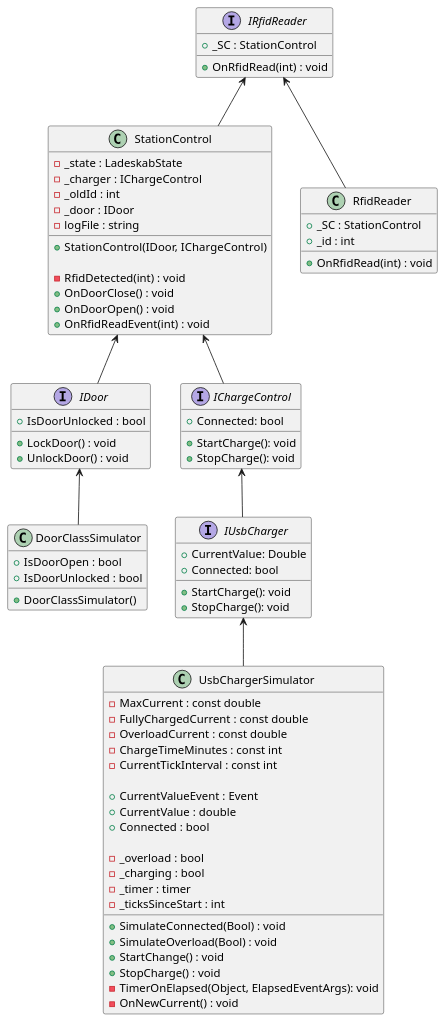
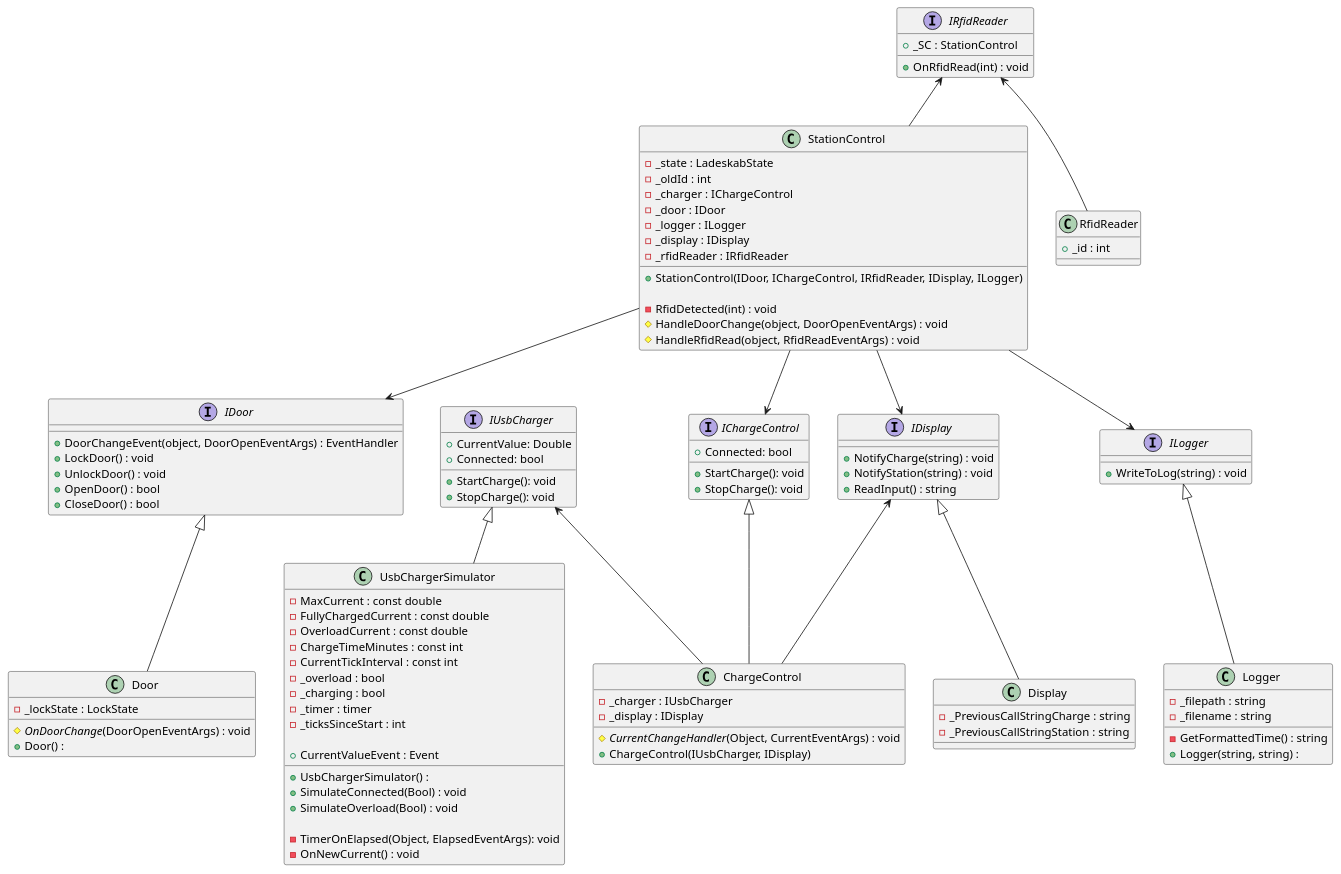
Before and after one commit to KunJakob/SWT-PhoneCharger: the diagram in Diagrams/ClassDiagram.wsd, drawn with PlantUML. The commit also changed 1 other file, not shown here.

Commit message:
Saved class diagram please

```diff
--- a/Diagrams/ClassDiagram.wsd
+++ b/Diagrams/ClassDiagram.wsd
@@ -1,104 +1,149 @@
 @startuml
-
 class StationControl
 {
     - _state : LadeskabState 
+    - _oldId : int 
     - _charger : IChargeControl
-    - _oldId : int 
     - _door : IDoor 
-    - logFile : string
+    - _logger : ILogger
+    - _display : IDisplay
+    - _rfidReader : IRfidReader
 
-    + StationControl(IDoor, IChargeControl) 
+
+    + StationControl(IDoor, IChargeControl, IRfidReader, IDisplay, ILogger) 
 
     - RfidDetected(int) : void
-    + OnDoorClose() : void
-    + OnDoorOpen() : void
-    + OnRfidReadEvent(int) : void
+     # HandleDoorChange(object, DoorOpenEventArgs) : void
+     # HandleRfidRead(object, RfidReadEventArgs) : void
 }
 
 
 /' Door '/
 
 interface IDoor
 {
-    + IsDoorUnlocked : bool
+    + DoorChangeEvent(object, DoorOpenEventArgs) : EventHandler
     + LockDoor() : void
     + UnlockDoor() : void
+    + OpenDoor() : bool
+    + CloseDoor() : bool
 }
 
-class DoorClassSimulator 
+class Door 
 {
-    + IsDoorOpen : bool
-    + IsDoorUnlocked : bool 
-    + DoorClassSimulator()
+    - _lockState : LockState
+    # //OnDoorChange//(DoorOpenEventArgs) : void
+    + Door() :
 }
 
 
-IDoor <-- DoorClassSimulator
-StationControl <-- IDoor
+IDoor <|-- Door
+StationControl --> IDoor
 
 /' RFID READER '/
 
 interface IRfidReader{
 
     + _SC : StationControl 
     + OnRfidRead(int) : void   
 }
 
 class RfidReader
 {
-    + _SC : StationControl 
-    + _id : int
-
-    + OnRfidRead(int) : void    
+    + _id : int  
 }
 
 IRfidReader <-- StationControl
 IRfidReader <-- RfidReader
 
 /' USB Charger '/
 class UsbChargerSimulator
 {
     - MaxCurrent : const double
     - FullyChargedCurrent : const double
     - OverloadCurrent : const double
     - ChargeTimeMinutes : const int
     - CurrentTickInterval : const int
-
-    + CurrentValueEvent : Event
-    + CurrentValue : double
-    + Connected : bool
-
     - _overload : bool
     - _charging : bool
     - _timer : timer
     - _ticksSinceStart : int
 
+    + CurrentValueEvent : Event
+
+    + UsbChargerSimulator() :
     + SimulateConnected(Bool) : void
     + SimulateOverload(Bool) : void
-    + StartChange() : void 
-    + StopCharge() : void  
+
     - TimerOnElapsed(Object, ElapsedEventArgs): void
     - OnNewCurrent() : void
 }
 
 interface IUsbCharger
 {
     +CurrentValue: Double
     +Connected: bool
     +StartCharge(): void
     +StopCharge(): void
 }
+
+IUsbCharger <|-- UsbChargerSimulator
+
+/' ChargeControl '/
+
 interface IChargeControl
 {
     +Connected: bool
     +StartCharge(): void
     +StopCharge(): void
 }
+class ChargeControl
+{
+    - _charger : IUsbCharger
+    - _display : IDisplay
+    # //CurrentChangeHandler//(Object, CurrentEventArgs) : void
+    + ChargeControl(IUsbCharger, IDisplay)
+}
+IChargeControl <|-- ChargeControl
+StationControl --> IChargeControl
+IUsbCharger <-- ChargeControl
+IDisplay <-- ChargeControl
+/' Display '/
+
+interface IDisplay
+{
+    + NotifyCharge(string) : void
+    + NotifyStation(string) : void
+    + ReadInput() : string
+}
+
+class Display
+{
+
+    - _PreviousCallStringCharge : string
+    - _PreviousCallStringStation : string
+}
+    IDisplay <|-- Display
+    StationControl --> IDisplay
+
+/' Logger '/
+
+class Logger
+{
+    - _filepath : string
+    - _filename : string
+    - GetFormattedTime() : string
+    + Logger(string, string) : 
+
+}
 
 
-IUsbCharger <-- UsbChargerSimulator
-IChargeControl <-- IUsbCharger
-StationControl <-- IChargeControl
+interface ILogger
+{
+    + WriteToLog(string) : void
+}
+
+ILogger <|-- Logger
+StationControl --> ILogger
 
 @enduml
```
